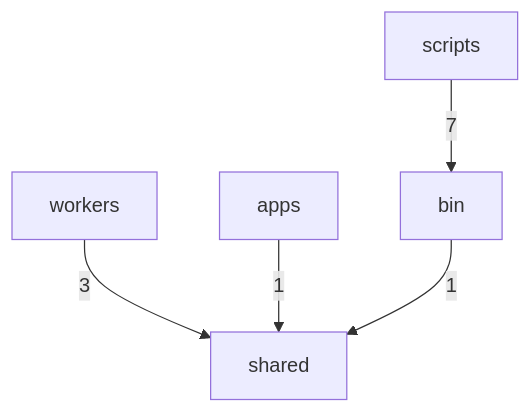
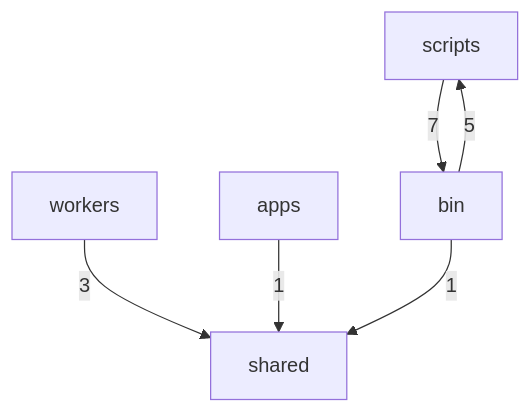
One commit to Sheshiyer/cambium changed the diagram in docs/architecture/DEPENDENCY-GRAPH.md. Above: the diagram before and after it, drawn with Mermaid. The commit also changed other lines of this file and 4 other files, not shown here.

First line of the commit message:
docs: sanitize private volume paths + refresh architecture assets (#93)

````diff
--- a/docs/architecture/DEPENDENCY-GRAPH.md
+++ b/docs/architecture/DEPENDENCY-GRAPH.md
@@ -8,7 +8,8 @@
 ```mermaid
 graph TD
   scripts["scripts"] -->|7| bin["bin"]
+  bin["bin"] -->|5| scripts["scripts"]
   workers["workers"] -->|3| shared["shared"]
   apps["apps"] -->|1| shared["shared"]
   bin["bin"] -->|1| shared["shared"]
 ```
````
